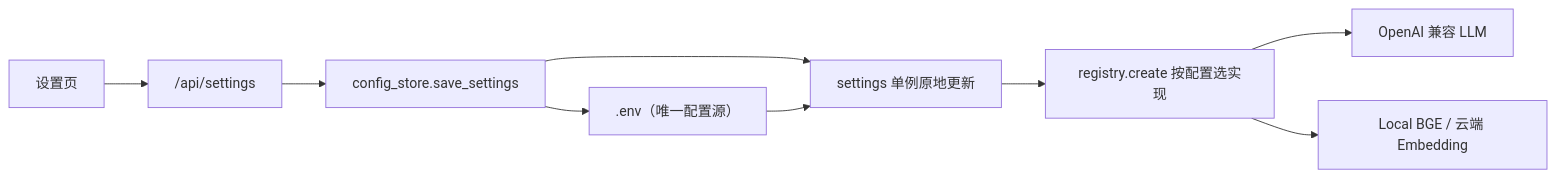
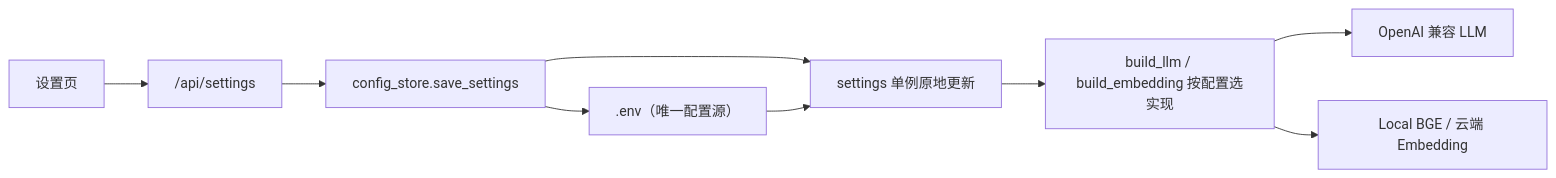
Before and after one commit to dragonFtop/A4S: the first of 5 diagrams in docs/BACKEND.md, drawn with Mermaid. The commit also changed other lines of this file and 85 other files, not shown here.

````diff
--- a/docs/BACKEND.md
+++ b/docs/BACKEND.md
@@ -76,11 +78,11 @@
 ```mermaid
 flowchart LR
   UI[设置页] --> API["/api/settings"]
   API --> CS[config_store.save_settings]
   CS --> ENV[".env（唯一配置源）"]
   CS --> S[settings 单例原地更新]
   ENV --> S
-  S --> REG[registry.create 按配置选实现]
-  REG --> LLM[OpenAI 兼容 LLM]
-  REG --> EMB[Local BGE / 云端 Embedding]
+  S --> FAC[build_llm / build_embedding 按配置选实现]
+  FAC --> LLM[OpenAI 兼容 LLM]
+  FAC --> EMB[Local BGE / 云端 Embedding]
 ```
````
